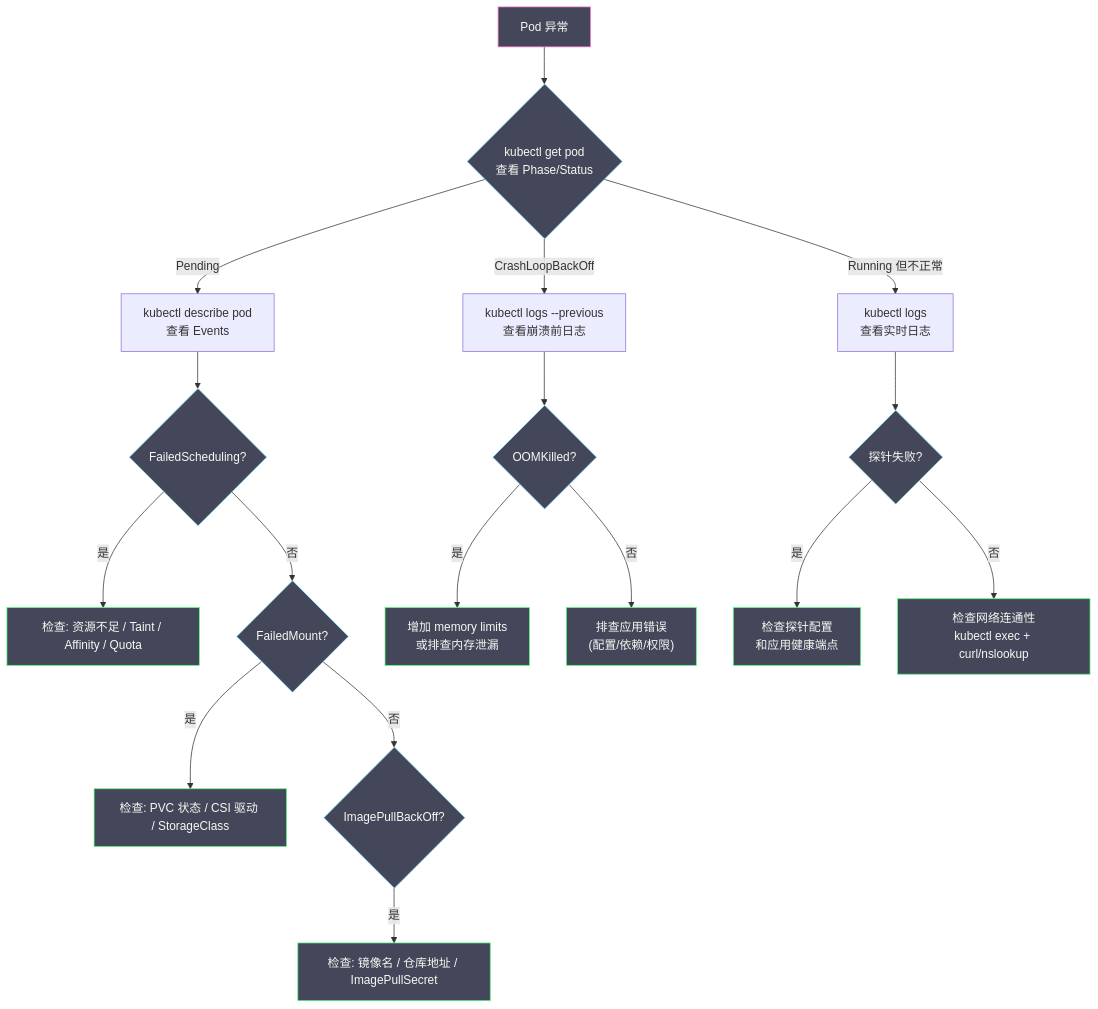
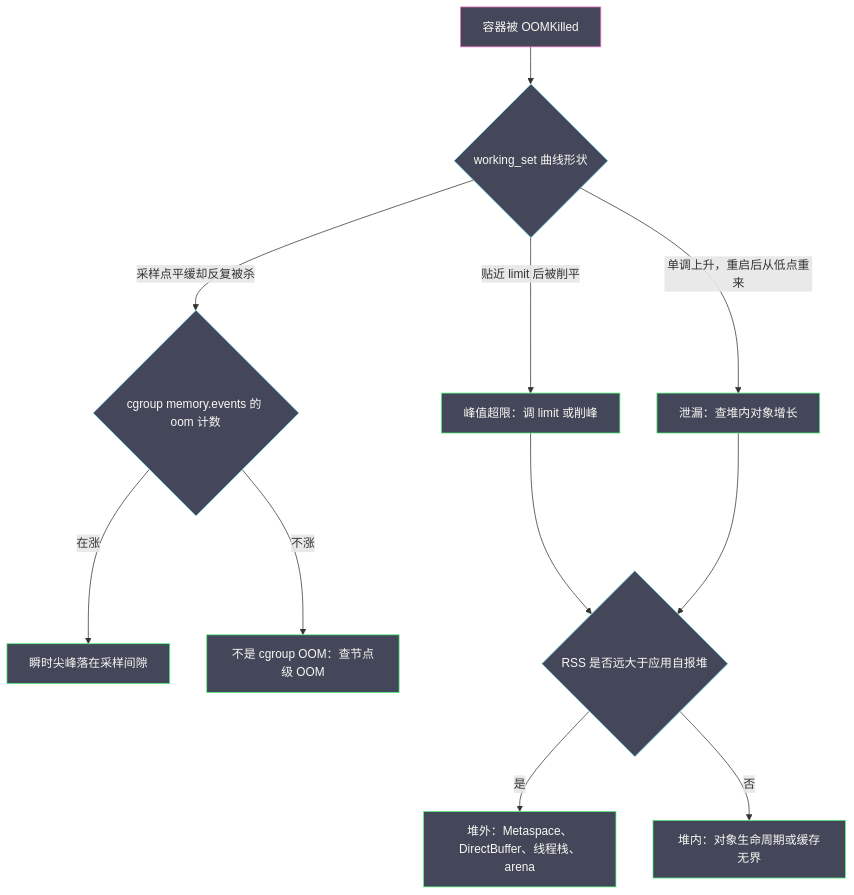
One commit to hpliStartAgain/my-brain changed the third of 5 diagrams in content/云原生/Kubernetes/kubernetes生产实践与集群管理/04 集群可观测性与故障排查.md. Above: the diagram before and after it, drawn with Mermaid. The commit also changed other lines of this file and 259 other files, not shown here.

````diff
--- a/content/云原生/Kubernetes/kubernetes生产实践与集群管理/04 集群可观测性与故障排查.md
+++ b/content/云原生/Kubernetes/kubernetes生产实践与集群管理/04 集群可观测性与故障排查.md
@@ -251,31 +342,21 @@
 ```mermaid
 %%{init: {'theme': 'dracula'}}%%
-graph TD
-    START["Pod 异常"] --> PHASE{"kubectl get pod</br>查看 Phase/Status"}
-    
-    PHASE -->|"Pending"| PENDING["kubectl describe pod</br>查看 Events"]
-    PENDING --> SCHED{"FailedScheduling?"}
-    SCHED -->|"是"| SCHED_FIX["检查: 资源不足 / Taint / Affinity / Quota"]
-    SCHED -->|"否"| VOL{"FailedMount?"}
-    VOL -->|"是"| VOL_FIX["检查: PVC 状态 / CSI 驱动 / StorageClass"]
-    VOL -->|"否"| IMG{"ImagePullBackOff?"}
-    IMG -->|"是"| IMG_FIX["检查: 镜像名 / 仓库地址 / ImagePullSecret"]
-
-    PHASE -->|"CrashLoopBackOff"| CRASH["kubectl logs --previous</br>查看崩溃前日志"]
-    CRASH --> OOM{"OOMKilled?"}
-    OOM -->|"是"| OOM_FIX["增加 memory limits</br>或排查内存泄漏"]
-    OOM -->|"否"| APP_FIX["排查应用错误</br>(配置/依赖/权限)"]
-
-    PHASE -->|"Running 但不正常"| RUNNING["kubectl logs</br>查看实时日志"]
-    RUNNING --> PROBE{"探针失败?"}
-    PROBE -->|"是"| PROBE_FIX["检查探针配置</br>和应用健康端点"]
-    PROBE -->|"否"| NET["检查网络连通性</br>kubectl exec + curl/nslookup"]
+flowchart TD
+    O["容器被 OOMKilled"] --> Q1{"working_set 曲线形状"}
+    Q1 -->|"贴近 limit 后被削平"| A["峰值超限：调 limit 或削峰"]
+    Q1 -->|"单调上升，重启后从低点重来"| B["泄漏：查堆内对象增长"]
+    Q1 -->|"采样点平缓却反复被杀"| C{"cgroup memory.events 的 oom 计数"}
+    C -->|"在涨"| C1["瞬时尖峰落在采样间隙"]
+    C -->|"不涨"| C2["不是 cgroup OOM：查节点级 OOM"]
+    A --> J{"RSS 是否远大于应用自报堆"}
+    B --> J
+    J -->|"是"| J1["堆外：Metaspace、DirectBuffer、线程栈、arena"]
+    J -->|"否"| J2["堆内：对象生命周期或缓存无界"]
 
     classDef start fill:#44475a,stroke:#ff79c6,color:#f8f8f2
-    classDef check fill:#44475a,stroke:#8be9fd,color:#f8f8f2
-    classDef fix fill:#44475a,stroke:#50fa7b,color:#f8f8f2
-
-    class START start
-    class PHASE,SCHED,VOL,IMG,OOM,PROBE check
-    class SCHED_FIX,VOL_FIX,IMG_FIX,OOM_FIX,APP_FIX,PROBE_FIX,NET fix
+    classDef judge fill:#44475a,stroke:#8be9fd,color:#f8f8f2
+    classDef leaf fill:#44475a,stroke:#50fa7b,color:#f8f8f2
+    class O start
+    class Q1,C,J judge
+    class A,B,C1,C2,J1,J2 leaf
 ```
````
